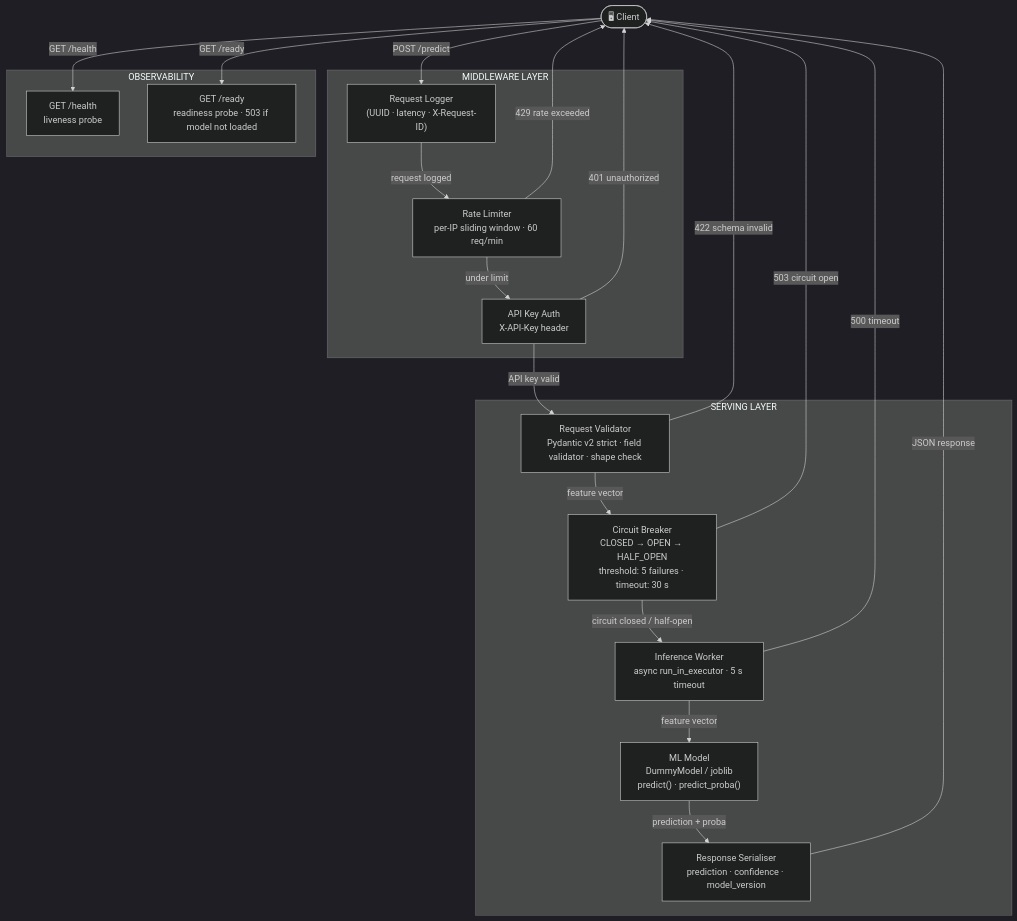
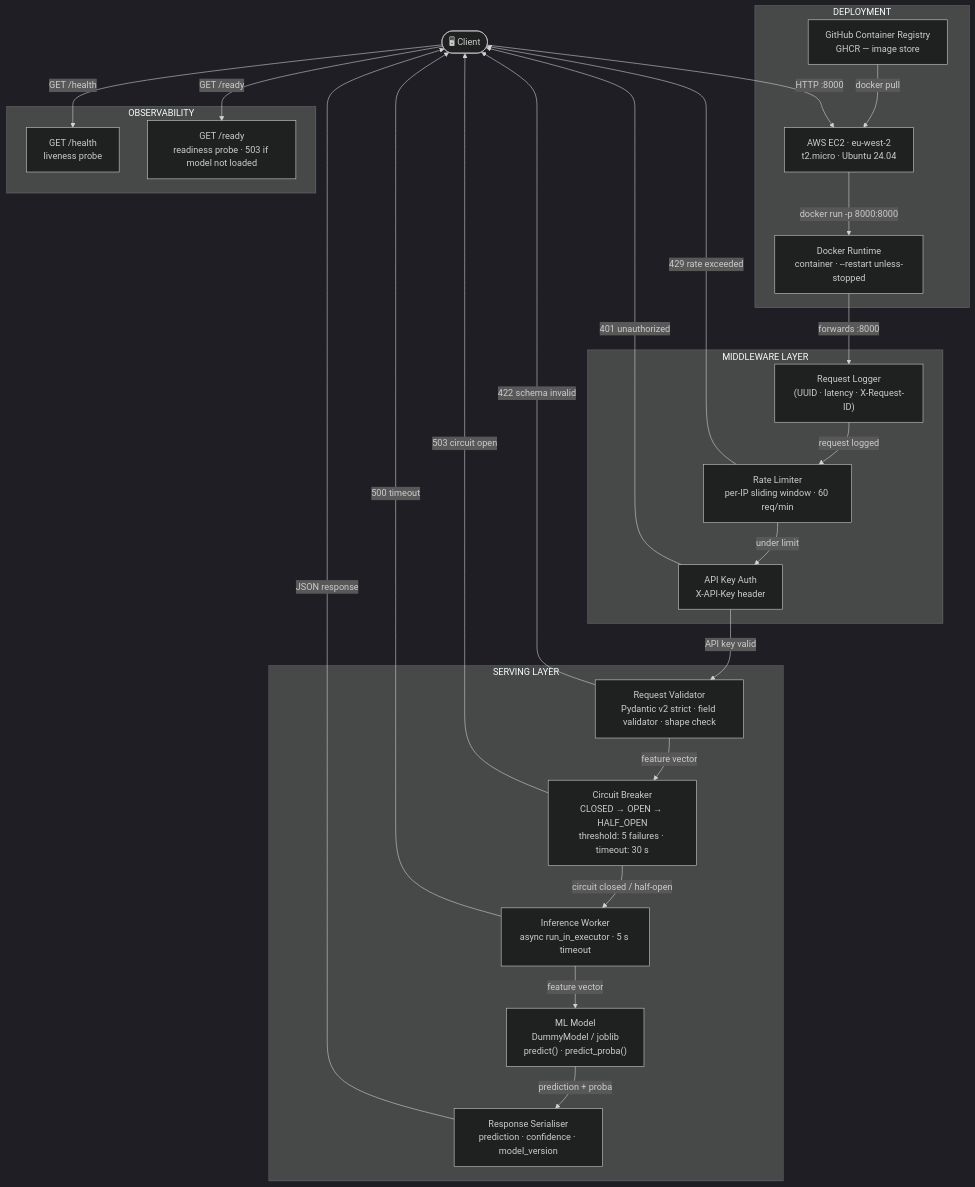
The first of 2 diagrams in README.md (SourabhaKK/ml-model-deployment-fastapi), drawn with Mermaid (dark theme) before and after one commit. The commit also changed other lines of this file, not shown here.

First line of the commit message:
docs: add EC2 deployment topology to README

````diff
--- a/README.md
+++ b/README.md
@@ -11,40 +11,50 @@
 ```mermaid
 graph TD
     Client(["🖥 Client"])
+
+    subgraph DEPLOYMENT ["DEPLOYMENT"]
+        GHCR["GitHub Container Registry\nGHCR — image store"]
+        EC2["AWS EC2 · eu-west-2\nt2.micro · Ubuntu 24.04"]
+        DOCKER["Docker Runtime\ncontainer · --restart unless-stopped"]
+    end
 
     subgraph MIDDLEWARE_LAYER ["MIDDLEWARE LAYER"]
         LOG["Request Logger\n(UUID · latency · X-Request-ID)"]
         RATE["Rate Limiter\nper-IP sliding window · 60 req/min"]
         AUTH["API Key Auth\nX-API-Key header"]
     end
 
     subgraph SERVING_LAYER ["SERVING LAYER"]
         VAL["Request Validator\nPydantic v2 strict · field validator · shape check"]
         CB["Circuit Breaker\nCLOSED → OPEN → HALF_OPEN\nthreshold: 5 failures · timeout: 30 s"]
         WORKER["Inference Worker\nasync run_in_executor · 5 s timeout"]
         MODEL["ML Model\nDummyModel / joblib\npredict() · predict_proba()"]
         RESP["Response Serialiser\nprediction · confidence · model_version"]
     end
 
     subgraph OBSERVABILITY ["OBSERVABILITY"]
         HEALTH["GET /health\nliveness probe"]
         READY["GET /ready\nreadiness probe · 503 if model not loaded"]
     end
 
-    Client -->|"POST /predict"| LOG
+    GHCR -->|"docker pull"| EC2
+    EC2 -->|"docker run -p 8000:8000"| DOCKER
+    DOCKER -->|"forwards :8000"| LOG
+
+    Client -->|"HTTP :8000"| EC2
     Client -->|"GET /health"| HEALTH
     Client -->|"GET /ready"| READY
     LOG -->|"request logged"| RATE
     RATE -->|"under limit"| AUTH
     RATE -->|"429 rate exceeded"| Client
     AUTH -->|"API key valid"| VAL
     AUTH -->|"401 unauthorized"| Client
     VAL -->|"feature vector"| CB
     VAL -->|"422 schema invalid"| Client
     CB -->|"circuit closed / half-open"| WORKER
     CB -->|"503 circuit open"| Client
     WORKER -->|"feature vector"| MODEL
     WORKER -->|"500 timeout"| Client
     MODEL -->|"prediction + proba"| RESP
     RESP -->|"JSON response"| Client
 ```
````
